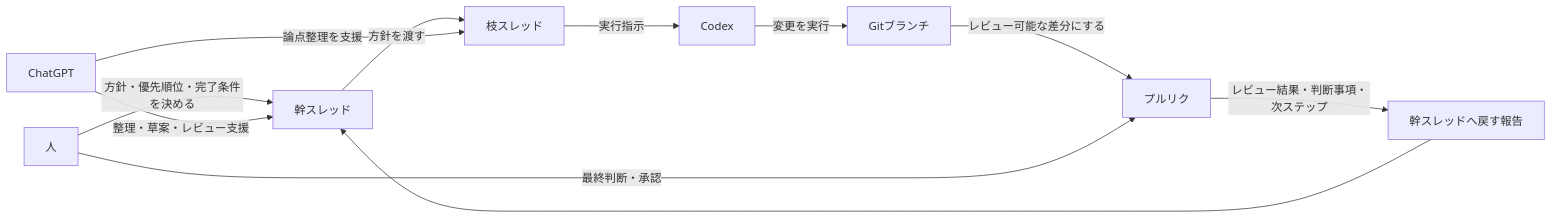
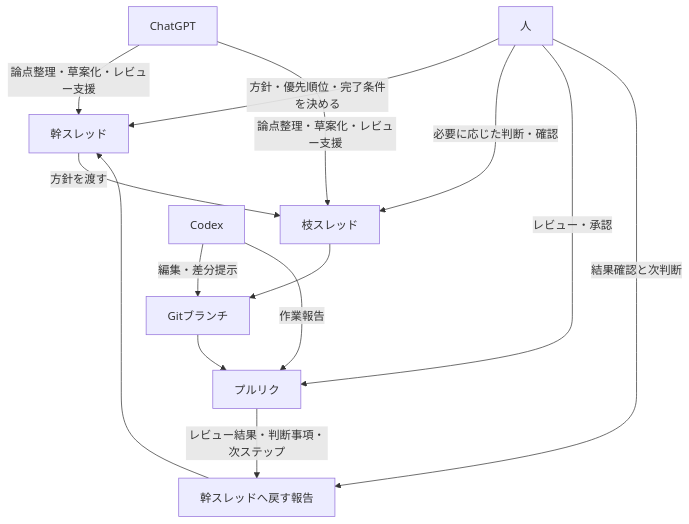
The diagram in docs/diagrams/01_operating_model.md (daisan-chan/chatgpt-codex-playbook), drawn with Mermaid before and after one commit. The commit also changed other lines of this file, not shown here.

Commit message:
Refine operating model diagram layout for readability

````diff
--- a/docs/diagrams/01_operating_model.md
+++ b/docs/diagrams/01_operating_model.md
@@ -5,22 +5,29 @@
 ```mermaid
-flowchart LR
-    H[人]
-    C[ChatGPT]
-    X[Codex]
+flowchart TB
     M[幹スレッド]
     B[枝スレッド]
     G[Gitブランチ]
     P[プルリク]
     R[幹スレッドへ戻す報告]
 
-    H -->|方針・優先順位・完了条件を決める| M
+    H[人]
+    C[ChatGPT]
+    X[Codex]
+
     M -->|方針を渡す| B
-    C -->|整理・草案・レビュー支援| M
-    C -->|論点整理を支援| B
-    B -->|実行指示| X
-    X -->|変更を実行| G
-    G -->|レビュー可能な差分にする| P
+    B --> G
+    G --> P
     P -->|レビュー結果・判断事項・次ステップ| R
     R --> M
-    H -->|最終判断・承認| P
+
+    H -->|方針・優先順位・完了条件を決める| M
+    H -->|必要に応じた判断・確認| B
+    H -->|レビュー・承認| P
+    H -->|結果確認と次判断| R
+
+    C -->|論点整理・草案化・レビュー支援| M
+    C -->|論点整理・草案化・レビュー支援| B
+
+    X -->|編集・差分提示| G
+    X -->|作業報告| P
 ```
````
